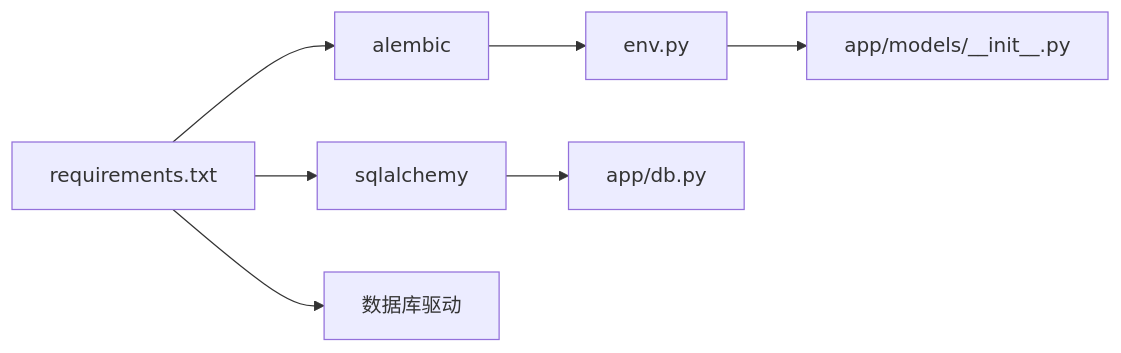
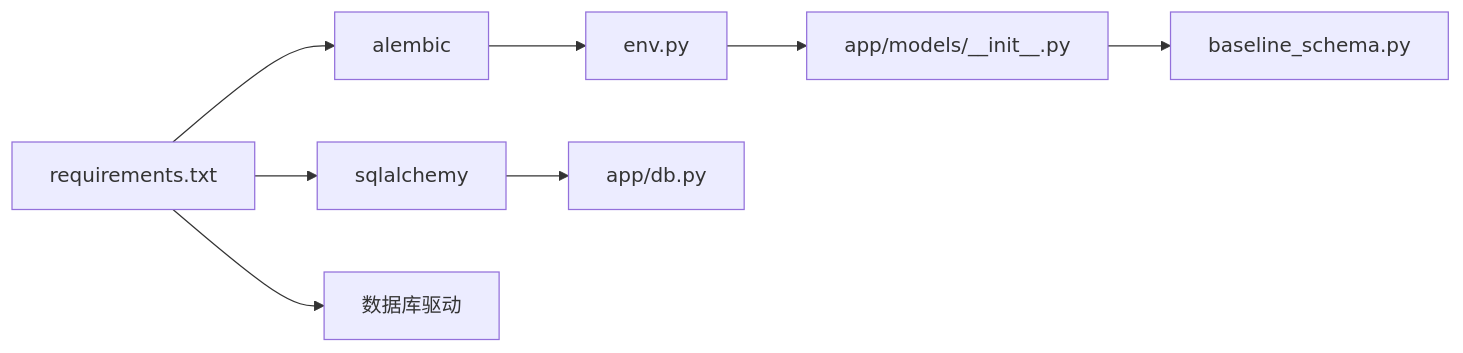
The third of 3 diagrams in .qoder/repowiki/zh/content/数据库设计/数据库迁移管理.md (vu1Art1st/talos), drawn with Mermaid before and after one commit. The commit also changed other lines of this file and 132 other files, not shown here.

````diff
--- a/.qoder/repowiki/zh/content/数据库设计/数据库迁移管理.md
+++ b/.qoder/repowiki/zh/content/数据库设计/数据库迁移管理.md
@@ -177,9 +213,10 @@
 ```mermaid
 graph LR
 R["requirements.txt"] --> A["alembic"]
 R --> S["sqlalchemy"]
 R --> D["数据库驱动"]
 A --> E["env.py"]
 S --> DB["app/db.py"]
 E --> M["app/models/__init__.py"]
+M --> B["baseline_schema.py"]
 ```
````
